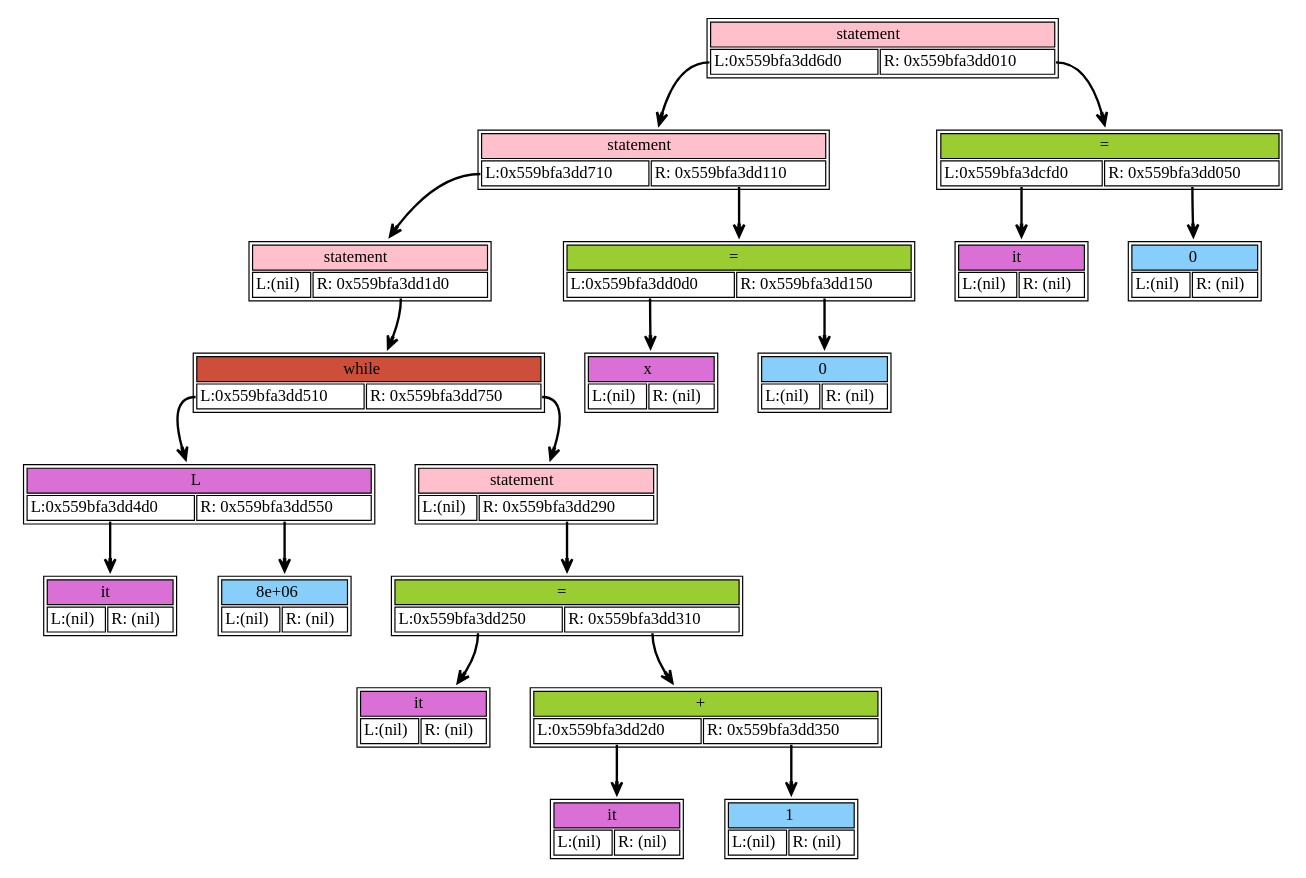
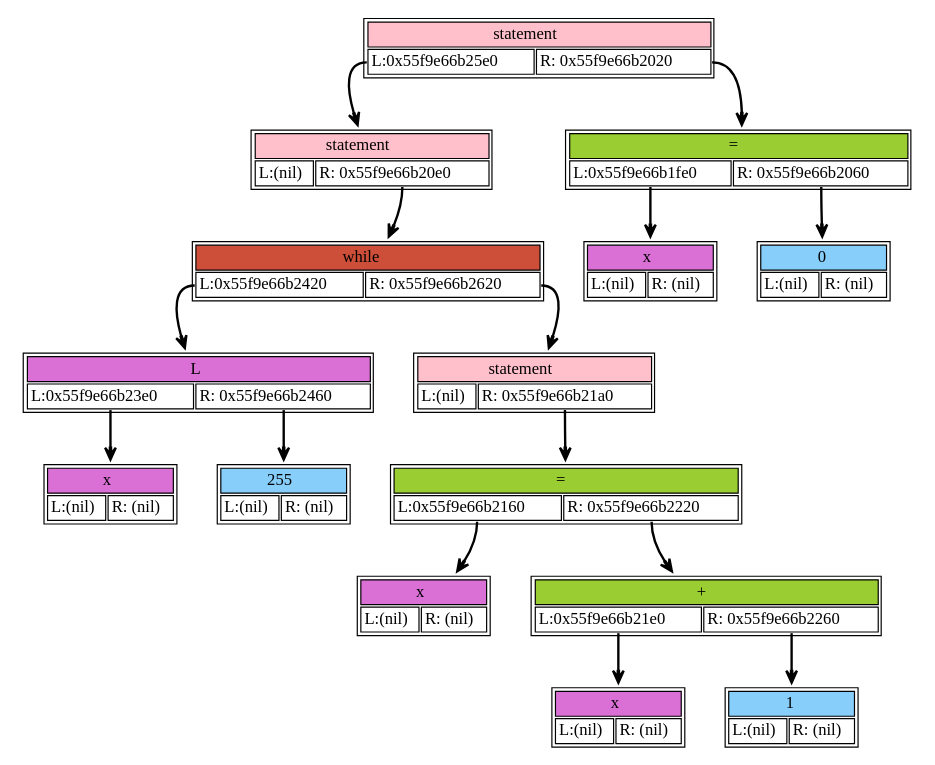
Before and after one commit to Varnike/language: the diagram in dump/dump.dot, drawn with Graphviz. The commit also changed 5 other files, not shown here.

```diff
--- a/dump/dump.dot
+++ b/dump/dump.dot
@@ -1,116 +1,92 @@
 digraph dump_graph {
 	rankdir=TV; 
-node0x559bfa3dd710 [shape=plaintext
+node0x55f9e66b25e0 [shape=plaintext
 					label=<<table border='1' cellborder='1'>
 			<tr><td colspan="2" bgcolor="pink" > statement</td></tr>
-					<tr><td port= "lchild">L:(nil)</td><td port="rchild">R: 0x559bfa3dd1d0</td></tr>
+					<tr><td port= "lchild">L:(nil)</td><td port="rchild">R: 0x55f9e66b20e0</td></tr>
 				</table>>];
-		node0x559bfa3dd710:rchild -> node0x559bfa3dd1d0[style=bold, arrowhead=vee];
-node0x559bfa3dd4d0 [shape=plaintext
+		node0x55f9e66b25e0:rchild -> node0x55f9e66b20e0[style=bold, arrowhead=vee];
+node0x55f9e66b23e0 [shape=plaintext
 					label=<<table border='1' cellborder='1'>
-			<tr><td colspan="2" bgcolor="orchid" > it</td></tr>
+			<tr><td colspan="2" bgcolor="orchid" > x</td></tr>
 					<tr><td port= "lchild">L:(nil)</td><td port="rchild">R: (nil)</td></tr>
 				</table>>];
-node0x559bfa3dd510 [shape=plaintext
+node0x55f9e66b2420 [shape=plaintext
 					label=<<table border='1' cellborder='1'>
 			<tr><td colspan="2" bgcolor="orchid" > L</td></tr>
-					<tr><td port= "lchild">L:0x559bfa3dd4d0</td><td port="rchild">R: 0x559bfa3dd550</td></tr>
+					<tr><td port= "lchild">L:0x55f9e66b23e0</td><td port="rchild">R: 0x55f9e66b2460</td></tr>
 				</table>>];
-		node0x559bfa3dd510:lchild -> node0x559bfa3dd4d0[style=bold, arrowhead=vee];
-		node0x559bfa3dd510:rchild -> node0x559bfa3dd550[style=bold, arrowhead=vee];
-node0x559bfa3dd550 [shape=plaintext
+		node0x55f9e66b2420:lchild -> node0x55f9e66b23e0[style=bold, arrowhead=vee];
+		node0x55f9e66b2420:rchild -> node0x55f9e66b2460[style=bold, arrowhead=vee];
+node0x55f9e66b2460 [shape=plaintext
 					label=<<table border='1' cellborder='1'>
-			<tr><td colspan="2" bgcolor="lightskyblue" >8e+06</td></tr>
+			<tr><td colspan="2" bgcolor="lightskyblue" >255</td></tr>
 					<tr><td port= "lchild">L:(nil)</td><td port="rchild">R: (nil)</td></tr>
 				</table>>];
-node0x559bfa3dd1d0 [shape=plaintext
+node0x55f9e66b20e0 [shape=plaintext
 					label=<<table border='1' cellborder='1'>
 			<tr><td colspan="2" bgcolor="tomato3" > while</td></tr>
-					<tr><td port= "lchild">L:0x559bfa3dd510</td><td port="rchild">R: 0x559bfa3dd750</td></tr>
+					<tr><td port= "lchild">L:0x55f9e66b2420</td><td port="rchild">R: 0x55f9e66b2620</td></tr>
 				</table>>];
-		node0x559bfa3dd1d0:lchild -> node0x559bfa3dd510[style=bold, arrowhead=vee];
-		node0x559bfa3dd1d0:rchild -> node0x559bfa3dd750[style=bold, arrowhead=vee];
-node0x559bfa3dd750 [shape=plaintext
+		node0x55f9e66b20e0:lchild -> node0x55f9e66b2420[style=bold, arrowhead=vee];
+		node0x55f9e66b20e0:rchild -> node0x55f9e66b2620[style=bold, arrowhead=vee];
+node0x55f9e66b2620 [shape=plaintext
 					label=<<table border='1' cellborder='1'>
 			<tr><td colspan="2" bgcolor="pink" > statement</td></tr>
-					<tr><td port= "lchild">L:(nil)</td><td port="rchild">R: 0x559bfa3dd290</td></tr>
+					<tr><td port= "lchild">L:(nil)</td><td port="rchild">R: 0x55f9e66b21a0</td></tr>
 				</table>>];
-		node0x559bfa3dd750:rchild -> node0x559bfa3dd290[style=bold, arrowhead=vee];
-node0x559bfa3dd250 [shape=plaintext
+		node0x55f9e66b2620:rchild -> node0x55f9e66b21a0[style=bold, arrowhead=vee];
+node0x55f9e66b2160 [shape=plaintext
 					label=<<table border='1' cellborder='1'>
-			<tr><td colspan="2" bgcolor="orchid" > it</td></tr>
+			<tr><td colspan="2" bgcolor="orchid" > x</td></tr>
 					<tr><td port= "lchild">L:(nil)</td><td port="rchild">R: (nil)</td></tr>
 				</table>>];
-node0x559bfa3dd290 [shape=plaintext
+node0x55f9e66b21a0 [shape=plaintext
 					label=<<table border='1' cellborder='1'>
 			<tr><td colspan="2" bgcolor="olivedrab3" > =</td></tr>
-					<tr><td port= "lchild">L:0x559bfa3dd250</td><td port="rchild">R: 0x559bfa3dd310</td></tr>
+					<tr><td port= "lchild">L:0x55f9e66b2160</td><td port="rchild">R: 0x55f9e66b2220</td></tr>
 				</table>>];
-		node0x559bfa3dd290:lchild -> node0x559bfa3dd250[style=bold, arrowhead=vee];
-		node0x559bfa3dd290:rchild -> node0x559bfa3dd310[style=bold, arrowhead=vee];
-node0x559bfa3dd2d0 [shape=plaintext
+		node0x55f9e66b21a0:lchild -> node0x55f9e66b2160[style=bold, arrowhead=vee];
+		node0x55f9e66b21a0:rchild -> node0x55f9e66b2220[style=bold, arrowhead=vee];
+node0x55f9e66b21e0 [shape=plaintext
 					label=<<table border='1' cellborder='1'>
-			<tr><td colspan="2" bgcolor="orchid" > it</td></tr>
+			<tr><td colspan="2" bgcolor="orchid" > x</td></tr>
 					<tr><td port= "lchild">L:(nil)</td><td port="rchild">R: (nil)</td></tr>
 				</table>>];
-node0x559bfa3dd310 [shape=plaintext
+node0x55f9e66b2220 [shape=plaintext
 					label=<<table border='1' cellborder='1'>
 			<tr><td colspan="2" bgcolor="olivedrab3" > +</td></tr>
-					<tr><td port= "lchild">L:0x559bfa3dd2d0</td><td port="rchild">R: 0x559bfa3dd350</td></tr>
+					<tr><td port= "lchild">L:0x55f9e66b21e0</td><td port="rchild">R: 0x55f9e66b2260</td></tr>
 				</table>>];
-		node0x559bfa3dd310:lchild -> node0x559bfa3dd2d0[style=bold, arrowhead=vee];
-		node0x559bfa3dd310:rchild -> node0x559bfa3dd350[style=bold, arrowhead=vee];
-node0x559bfa3dd350 [shape=plaintext
+		node0x55f9e66b2220:lchild -> node0x55f9e66b21e0[style=bold, arrowhead=vee];
+		node0x55f9e66b2220:rchild -> node0x55f9e66b2260[style=bold, arrowhead=vee];
+node0x55f9e66b2260 [shape=plaintext
 					label=<<table border='1' cellborder='1'>
 			<tr><td colspan="2" bgcolor="lightskyblue" >1</td></tr>
 					<tr><td port= "lchild">L:(nil)</td><td port="rchild">R: (nil)</td></tr>
 				</table>>];
-node0x559bfa3dd6d0 [shape=plaintext
+node0x55f9e66b25a0 [shape=plaintext
 					label=<<table border='1' cellborder='1'>
 			<tr><td colspan="2" bgcolor="pink" > statement</td></tr>
-					<tr><td port= "lchild">L:0x559bfa3dd710</td><td port="rchild">R: 0x559bfa3dd110</td></tr>
+					<tr><td port= "lchild">L:0x55f9e66b25e0</td><td port="rchild">R: 0x55f9e66b2020</td></tr>
 				</table>>];
-		node0x559bfa3dd6d0:lchild -> node0x559bfa3dd710[style=bold, arrowhead=vee];
-		node0x559bfa3dd6d0:rchild -> node0x559bfa3dd110[style=bold, arrowhead=vee];
-node0x559bfa3dd0d0 [shape=plaintext
+		node0x55f9e66b25a0:lchild -> node0x55f9e66b25e0[style=bold, arrowhead=vee];
+		node0x55f9e66b25a0:rchild -> node0x55f9e66b2020[style=bold, arrowhead=vee];
+node0x55f9e66b1fe0 [shape=plaintext
 					label=<<table border='1' cellborder='1'>
 			<tr><td colspan="2" bgcolor="orchid" > x</td></tr>
 					<tr><td port= "lchild">L:(nil)</td><td port="rchild">R: (nil)</td></tr>
 				</table>>];
-node0x559bfa3dd110 [shape=plaintext
+node0x55f9e66b2020 [shape=plaintext
 					label=<<table border='1' cellborder='1'>
 			<tr><td colspan="2" bgcolor="olivedrab3" > =</td></tr>
-					<tr><td port= "lchild">L:0x559bfa3dd0d0</td><td port="rchild">R: 0x559bfa3dd150</td></tr>
+					<tr><td port= "lchild">L:0x55f9e66b1fe0</td><td port="rchild">R: 0x55f9e66b2060</td></tr>
 				</table>>];
-		node0x559bfa3dd110:lchild -> node0x559bfa3dd0d0[style=bold, arrowhead=vee];
-		node0x559bfa3dd110:rchild -> node0x559bfa3dd150[style=bold, arrowhead=vee];
-node0x559bfa3dd150 [shape=plaintext
-					label=<<table border='1' cellborder='1'>
-			<tr><td colspan="2" bgcolor="lightskyblue" >0</td></tr>
-					<tr><td port= "lchild">L:(nil)</td><td port="rchild">R: (nil)</td></tr>
-				</table>>];
-node0x559bfa3dd690 [shape=plaintext
-					label=<<table border='1' cellborder='1'>
-			<tr><td colspan="2" bgcolor="pink" > statement</td></tr>
-					<tr><td port= "lchild">L:0x559bfa3dd6d0</td><td port="rchild">R: 0x559bfa3dd010</td></tr>
-				</table>>];
-		node0x559bfa3dd690:lchild -> node0x559bfa3dd6d0[style=bold, arrowhead=vee];
-		node0x559bfa3dd690:rchild -> node0x559bfa3dd010[style=bold, arrowhead=vee];
-node0x559bfa3dcfd0 [shape=plaintext
-					label=<<table border='1' cellborder='1'>
-			<tr><td colspan="2" bgcolor="orchid" > it</td></tr>
-					<tr><td port= "lchild">L:(nil)</td><td port="rchild">R: (nil)</td></tr>
-				</table>>];
-node0x559bfa3dd010 [shape=plaintext
-					label=<<table border='1' cellborder='1'>
-			<tr><td colspan="2" bgcolor="olivedrab3" > =</td></tr>
-					<tr><td port= "lchild">L:0x559bfa3dcfd0</td><td port="rchild">R: 0x559bfa3dd050</td></tr>
-				</table>>];
-		node0x559bfa3dd010:lchild -> node0x559bfa3dcfd0[style=bold, arrowhead=vee];
-		node0x559bfa3dd010:rchild -> node0x559bfa3dd050[style=bold, arrowhead=vee];
-node0x559bfa3dd050 [shape=plaintext
+		node0x55f9e66b2020:lchild -> node0x55f9e66b1fe0[style=bold, arrowhead=vee];
+		node0x55f9e66b2020:rchild -> node0x55f9e66b2060[style=bold, arrowhead=vee];
+node0x55f9e66b2060 [shape=plaintext
 					label=<<table border='1' cellborder='1'>
 			<tr><td colspan="2" bgcolor="lightskyblue" >0</td></tr>
 					<tr><td port= "lchild">L:(nil)</td><td port="rchild">R: (nil)</td></tr>
 				</table>>];
 }
```
